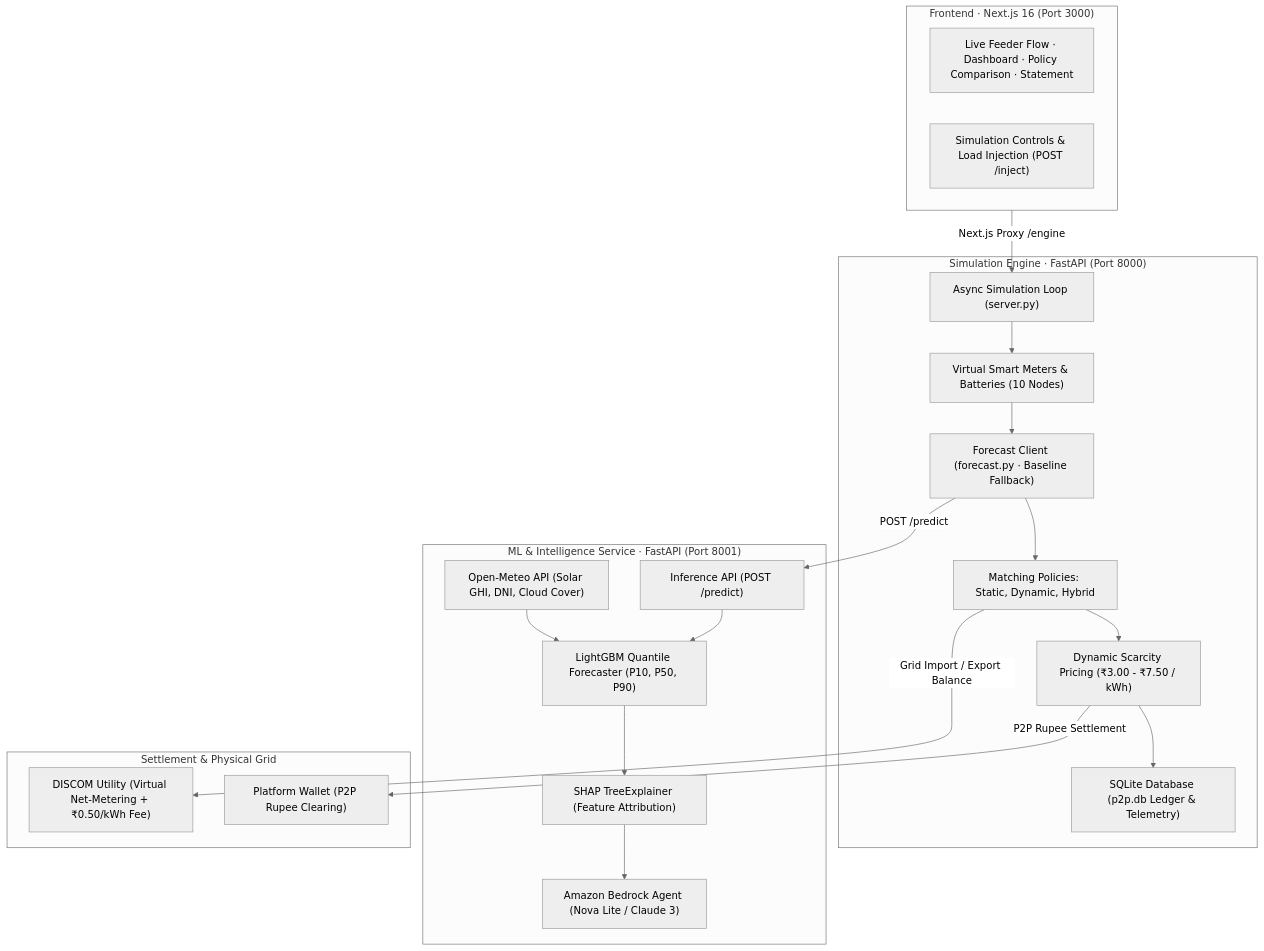
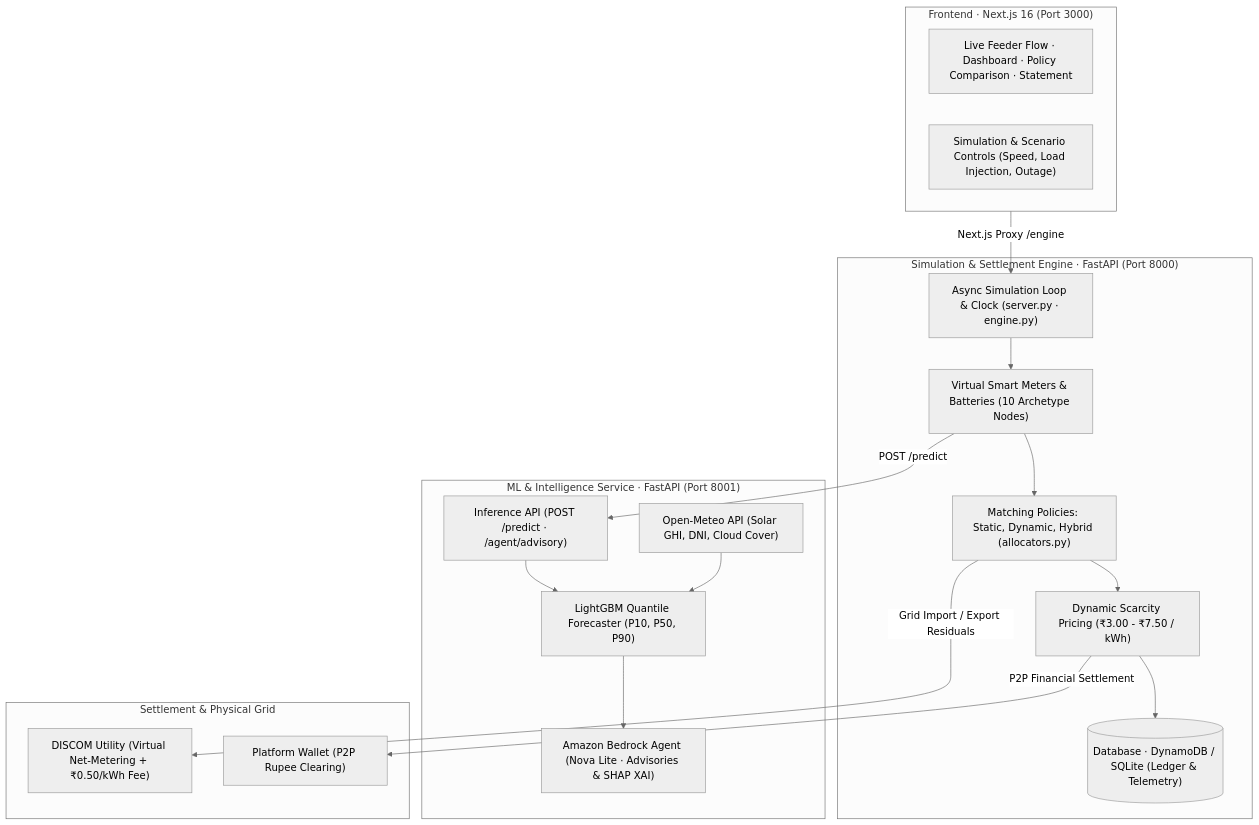
One commit to Armaan457/GridZero changed the diagram in README.md. Above: the diagram before and after it, drawn with Mermaid (neutral theme). The commit also changed other lines of this file and 8 other files, not shown here.

````diff
--- a/README.md
+++ b/README.md
@@ -23,45 +24,41 @@
 ```mermaid
 flowchart TD
     subgraph UI ["Frontend · Next.js 16 (Port 3000)"]
         Views["Live Feeder Flow · Dashboard · Policy Comparison · Statement"]
-        Controls["Simulation Controls & Load Injection (POST /inject)"]
+        Controls["Simulation & Scenario Controls (Speed, Load Injection, Outage)"]
     end
 
-    subgraph SIM ["Simulation Engine · FastAPI (Port 8000)"]
-        SimServer["Async Simulation Loop (server.py)"]
-        Meters["Virtual Smart Meters & Batteries (10 Nodes)"]
-        ForecastClient["Forecast Client (forecast.py · Baseline Fallback)"]
-        Allocators["Matching Policies: Static, Dynamic, Hybrid"]
+    subgraph SIM ["Simulation & Settlement Engine · FastAPI (Port 8000)"]
+        SimServer["Async Simulation Loop & Clock (server.py · engine.py)"]
+        Meters["Virtual Smart Meters & Batteries (10 Archetype Nodes)"]
+        Allocators["Matching Policies: Static, Dynamic, Hybrid (allocators.py)"]
         Pricing["Dynamic Scarcity Pricing (₹3.00 - ₹7.50 / kWh)"]
-        DB["SQLite Database (p2p.db Ledger & Telemetry)"]
+        DB[("Database · DynamoDB / SQLite (Ledger & Telemetry)")]
         
         SimServer --> Meters
-        Meters --> ForecastClient
-        ForecastClient --> Allocators
+        Meters --> Allocators
         Allocators --> Pricing
         Pricing --> DB
     end
 
     subgraph ML ["ML & Intelligence Service · FastAPI (Port 8001)"]
-        MLServer["Inference API (POST /predict)"]
+        MLServer["Inference API (POST /predict · /agent/advisory)"]
         Weather["Open-Meteo API (Solar GHI, DNI, Cloud Cover)"]
         LGBM["LightGBM Quantile Forecaster (P10, P50, P90)"]
-        SHAP["SHAP TreeExplainer (Feature Attribution)"]
-        Bedrock["Amazon Bedrock Agent (Nova Lite / Claude 3)"]
+        Bedrock["Amazon Bedrock Agent (Nova Lite · Advisories & SHAP XAI)"]
         
         Weather --> LGBM
         MLServer --> LGBM
-        LGBM --> SHAP
-        SHAP --> Bedrock
+        LGBM --> Bedrock
     end
 
     subgraph Settlement ["Settlement & Physical Grid"]
         DISCOM["DISCOM Utility (Virtual Net-Metering + ₹0.50/kWh Fee)"]
         Wallet["Platform Wallet (P2P Rupee Clearing)"]
     end
 
     UI -->|Next.js Proxy /engine| SimServer
-    ForecastClient -->|POST /predict| MLServer
-    Allocators -->|Grid Import / Export Balance| DISCOM
-    Pricing -->|P2P Rupee Settlement| Wallet
+    Meters -->|POST /predict| MLServer
+    Allocators -->|Grid Import / Export Residuals| DISCOM
+    Pricing -->|P2P Financial Settlement| Wallet
 ```
````
